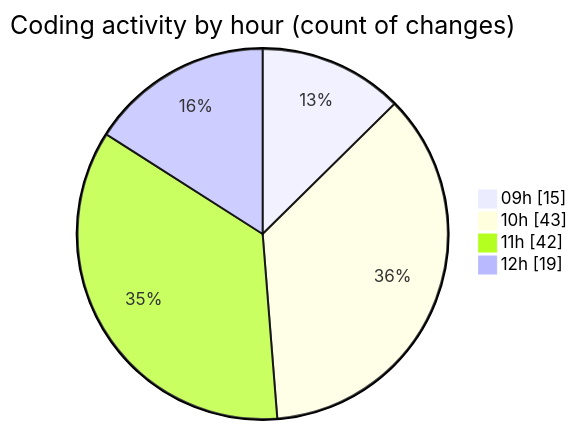
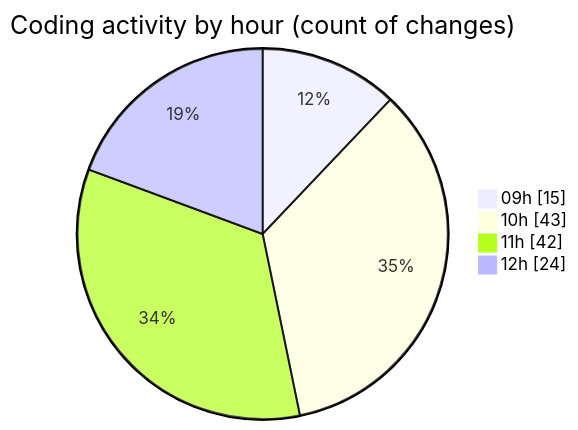
Before and after one commit to momahboobian/code-tracking: the second of 2 diagrams in 2025-09-30/cda/README.md, drawn with Mermaid. The commit also changed other lines of this file and 1 other file, not shown here.

````diff
--- a/2025-09-30/cda/README.md
+++ b/2025-09-30/cda/README.md
@@ -32,8 +32,8 @@
 ```mermaid
 pie showData
 title Coding activity by hour (count of changes)
 "09h" : 15
 "10h" : 43
 "11h" : 42
-"12h" : 19
+"12h" : 24
 ```
````
